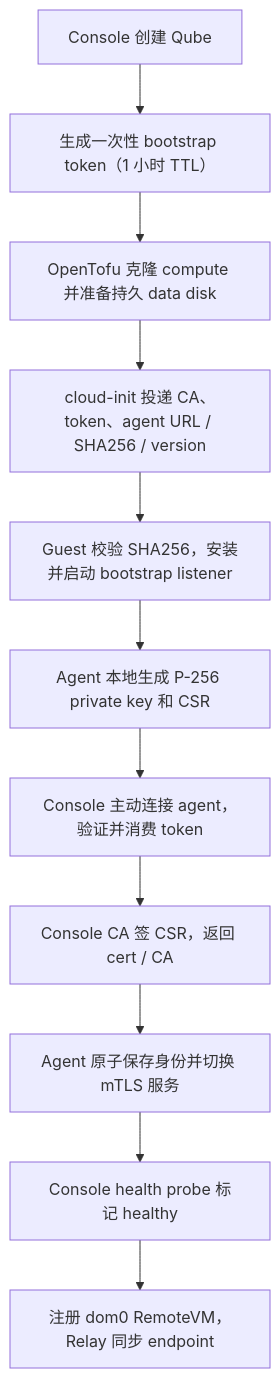
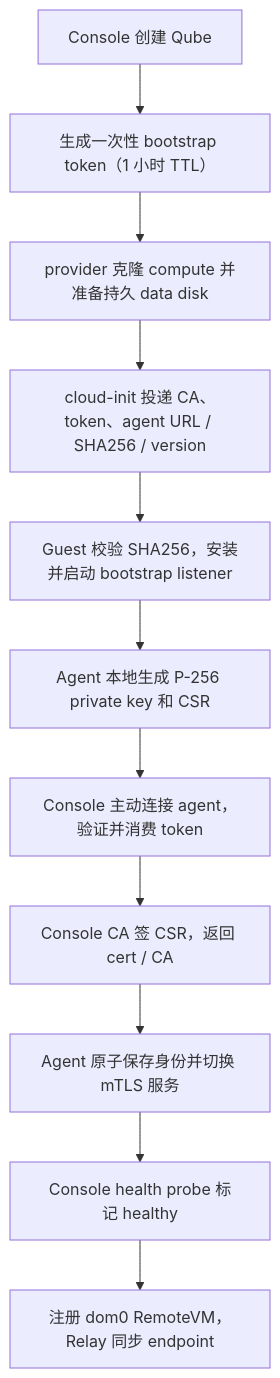
The diagram in docs/bootstrap-design.md (slchris/qubes-air), drawn with Mermaid before and after one commit. The commit also changed other lines of this file and 73 other files, not shown here.

````diff
--- a/docs/bootstrap-design.md
+++ b/docs/bootstrap-design.md
@@ -17,13 +17,13 @@
 ```mermaid
 flowchart TD
   Create["Console 创建 Qube"] --> Token["生成一次性 bootstrap token（1 小时 TTL）"]
-  Token --> Provision["OpenTofu 克隆 compute 并准备持久 data disk"]
+  Token --> Provision["provider 克隆 compute 并准备持久 data disk"]
   Provision --> CloudInit["cloud-init 投递 CA、token、agent URL / SHA256 / version"]
   CloudInit --> Install["Guest 校验 SHA256，安装并启动 bootstrap listener"]
   Install --> CSR["Agent 本地生成 P-256 private key 和 CSR"]
   CSR --> Redeem["Console 主动连接 agent，验证并消费 token"]
   Redeem --> Sign["Console CA 签 CSR，返回 cert / CA"]
   Sign --> MTLS["Agent 原子保存身份并切换 mTLS 服务"]
   MTLS --> Health["Console health probe 标记 healthy"]
   Health --> Register["注册 dom0 RemoteVM，Relay 同步 endpoint"]
 ```
````
